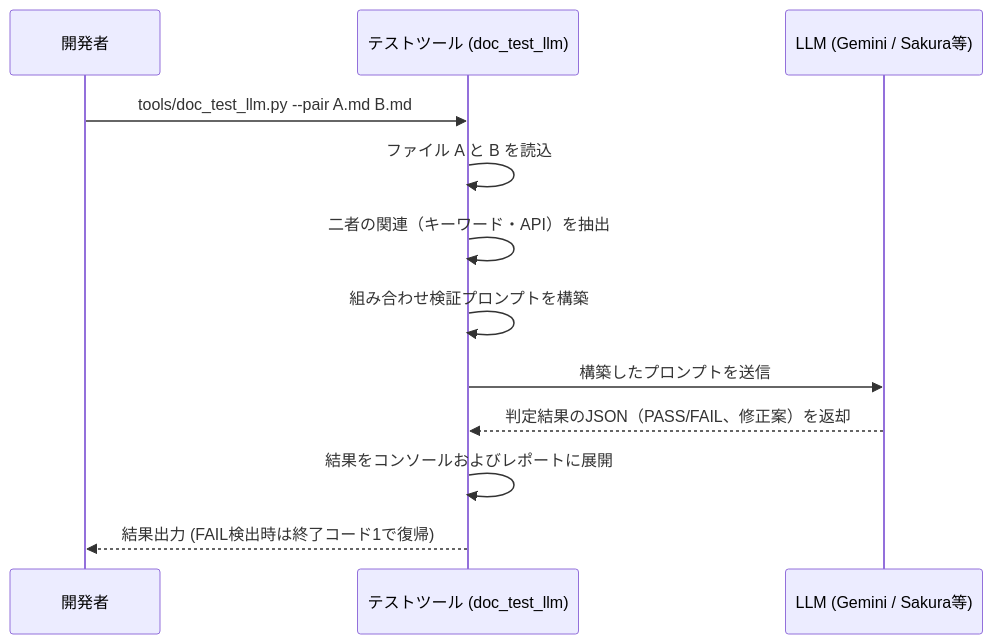
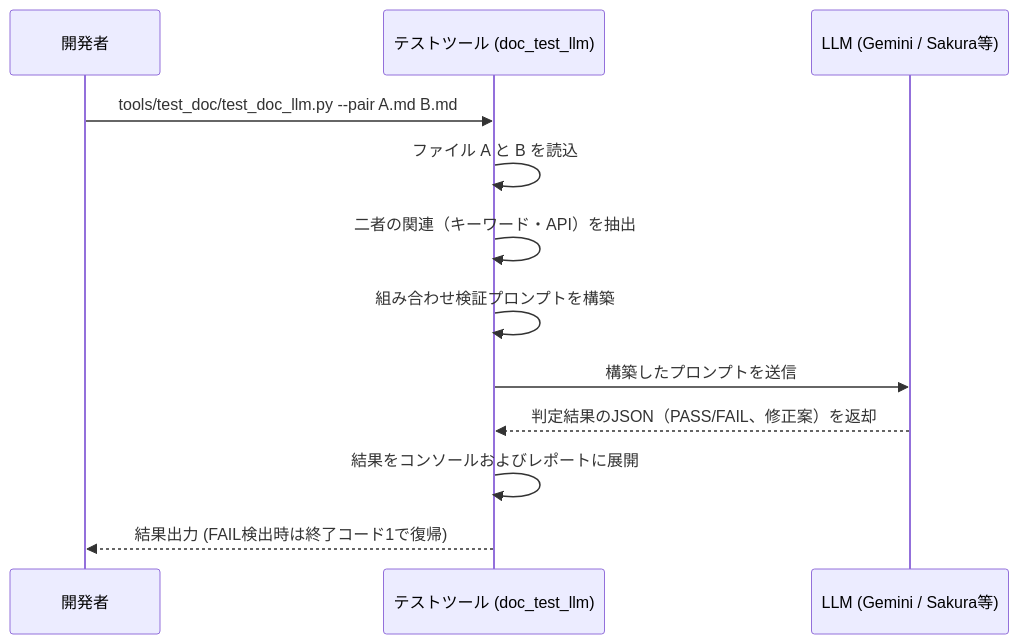
One commit to kmt-t/fireball changed the third of 3 diagrams in docs/tools/test_doc.md. Above: the diagram before and after it, drawn with Mermaid. The commit also changed 80 other files, not shown here.

````diff
--- a/docs/tools/test_doc.md
+++ b/docs/tools/test_doc.md
@@ -164,15 +164,15 @@
 ```mermaid
 sequenceDiagram
     participant U as 開発者
     participant T as テストツール (doc_test_llm)
     participant L as LLM (Gemini / Sakura等)
     
-    U->>T: tools/doc_test_llm.py --pair A.md B.md
+    U->>T: tools/test_doc/test_doc_llm.py --pair A.md B.md
     T->>T: ファイル A と B を読込
     T->>T: 二者の関連（キーワード・API）を抽出
     T->>T: 組み合わせ検証プロンプトを構築
     T->>L: 構築したプロンプトを送信
     L-->>T: 判定結果のJSON（PASS/FAIL、修正案）を返却
     T->>T: 結果をコンソールおよびレポートに展開
     T-->>U: 結果出力 (FAIL検出時は終了コード1で復帰)
 ```
````
